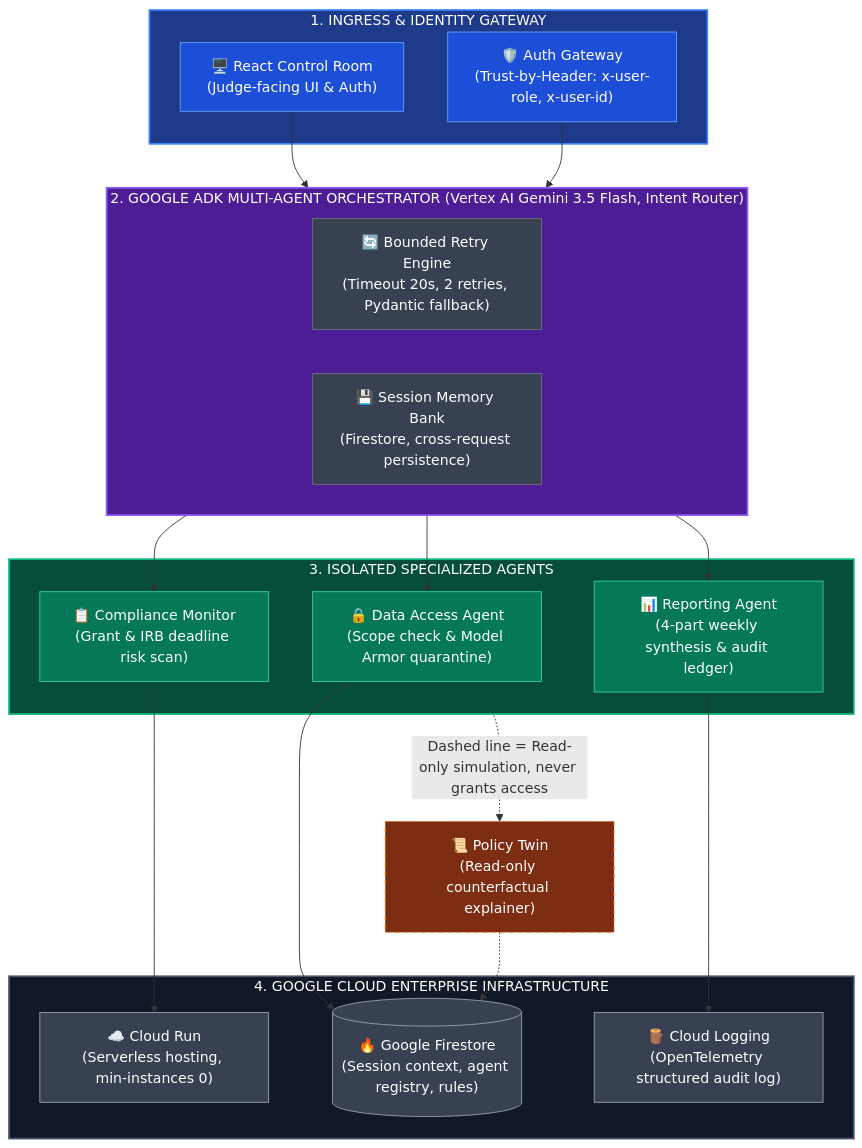
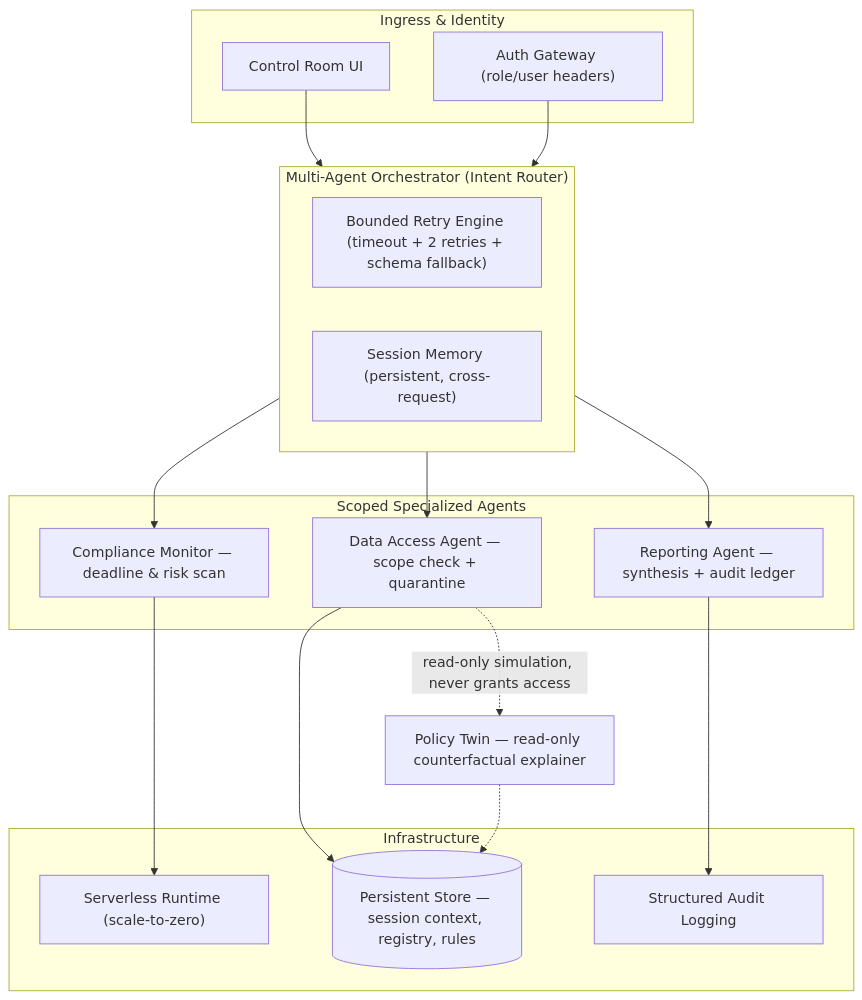
The diagram in README.md (madhavanpcse2024/SentinelMesh-Governance-Platform), drawn with Mermaid before and after one commit. The commit also changed other lines of this file, not shown here.

````diff
--- a/README.md
+++ b/README.md
@@ -37,63 +35,37 @@
 ```mermaid
 flowchart TD
-  %% LAYER 1: FRONTEND & GATEWAY
-  subgraph TIER1["1. INGRESS & IDENTITY GATEWAY"]
-    UI["🖥️ React Control Room\n(Judge-facing UI & Auth)"]
-    AUTH["🛡️ Auth Gateway\n(Trust-by-Header: x-user-role, x-user-id)"]
+  subgraph TIER1["Ingress & Identity"]
+    UI["Control Room UI"]
+    AUTH["Auth Gateway (role/user headers)"]
   end
 
-  %% LAYER 2: ORCHESTRATOR & MEMORY
-  subgraph ADK["2. GOOGLE ADK MULTI-AGENT ORCHESTRATOR (Vertex AI Gemini 3.5 Flash, Intent Router)"]
-    RETRY["🔄 Bounded Retry Engine\n(Timeout 20s, 2 retries, Pydantic fallback)"]
-    MEMORY["💾 Session Memory Bank\n(Firestore, cross-request persistence)"]
+  subgraph ORCH["Multi-Agent Orchestrator (Intent Router)"]
+    RETRY["Bounded Retry Engine (timeout + 2 retries + schema fallback)"]
+    MEMORY["Session Memory (persistent, cross-request)"]
   end
 
-  %% LAYER 3: SUB-AGENTS & POLICY TWIN
-  subgraph SUBAGENTS["3. ISOLATED SPECIALIZED AGENTS"]
-    COMP["📋 Compliance Monitor\n(Grant & IRB deadline risk scan)"]
-    DATA["🔒 Data Access Agent\n(Scope check & Model Armor quarantine)"]
-    REPORT["📊 Reporting Agent\n(4-part weekly synthesis & audit ledger)"]
+  subgraph AGENTS["Scoped Specialized Agents"]
+    COMP["Compliance Monitor — deadline & risk scan"]
+    DATA["Data Access Agent — scope check + quarantine"]
+    REPORT["Reporting Agent — synthesis + audit ledger"]
   end
 
-  TWIN["📜 Policy Twin\n(Read-only counterfactual explainer)"]
+  TWIN["Policy Twin — read-only counterfactual explainer"]
 
-  %% LAYER 4: CLOUD INFRASTRUCTURE
-  subgraph INFRA["4. GOOGLE CLOUD ENTERPRISE INFRASTRUCTURE"]
-    RUN["☁️ Cloud Run\n(Serverless hosting, min-instances 0)"]
-    DB[("🔥 Google Firestore\n(Session context, agent registry, rules)")]
-    LOGS["🪵 Cloud Logging\n(OpenTelemetry structured audit log)"]
+  subgraph INFRA["Infrastructure"]
+    RUN["Serverless Runtime (scale-to-zero)"]
+    DB[("Persistent Store — session context, registry, rules")]
+    LOGS["Structured Audit Logging"]
   end
 
-  %% FLOW CONNECTIONS
-  UI --> ADK
-  AUTH --> ADK
-  ADK --> COMP
-  ADK --> DATA
-  ADK --> REPORT
-  DATA -.->|Dashed line = Read-only simulation, never grants access| TWIN
+  UI --> ORCH
+  AUTH --> ORCH
+  ORCH --> COMP
+  ORCH --> DATA
+  ORCH --> REPORT
+  DATA -.->|read-only simulation, never grants access| TWIN
   COMP --> RUN
   DATA --> DB
   REPORT --> LOGS
   TWIN -.-> DB
-
-  %% STYLING TO MATCH REFERENCE
-  style TIER1 fill:#1e3a8a,stroke:#3b82f6,stroke-width:2px,color:#fff
-  style UI fill:#1d4ed8,stroke:#60a5fa,color:#fff
-  style AUTH fill:#1d4ed8,stroke:#60a5fa,color:#fff
-
-  style ADK fill:#4c1d95,stroke:#8b5cf6,stroke-width:2px,color:#fff
-  style RETRY fill:#374151,stroke:#6b7280,color:#fff
-  style MEMORY fill:#374151,stroke:#6b7280,color:#fff
-
-  style SUBAGENTS fill:#064e3b,stroke:#10b981,stroke-width:2px,color:#fff
-  style COMP fill:#047857,stroke:#34d399,color:#fff
-  style DATA fill:#047857,stroke:#34d399,color:#fff
-  style REPORT fill:#047857,stroke:#34d399,color:#fff
-
-  style TWIN fill:#7c2d12,stroke:#f97316,stroke-dasharray: 5 5,color:#fff
-
-  style INFRA fill:#111827,stroke:#4b5563,stroke-width:2px,color:#fff
-  style RUN fill:#374151,stroke:#9ca3af,color:#fff
-  style DB fill:#374151,stroke:#9ca3af,color:#fff
-  style LOGS fill:#374151,stroke:#9ca3af,color:#fff
 ```
````
